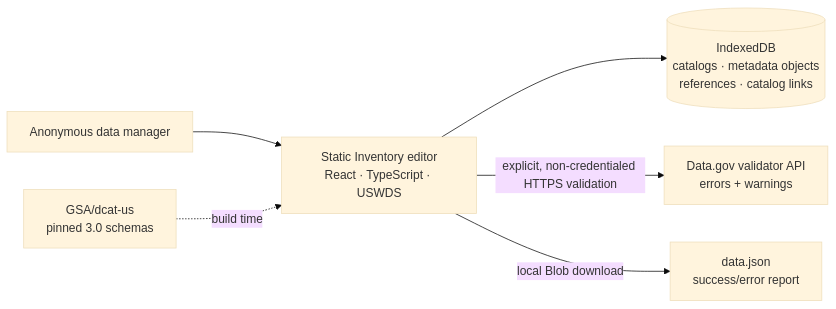
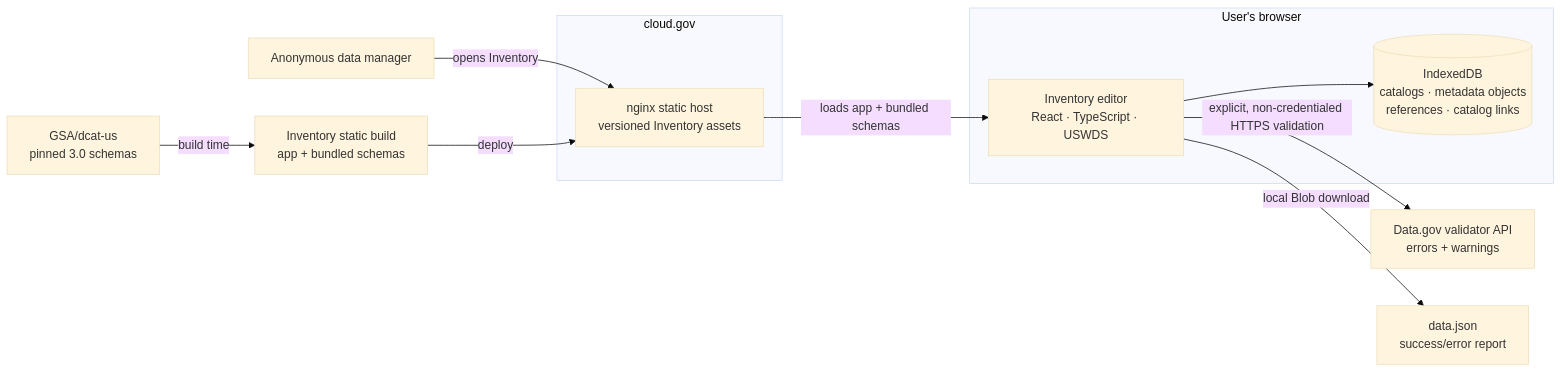
One commit to GSA/datagov-inventory changed the first of 11 diagrams in docs/architecture.md. Above: the diagram before and after it, drawn with Mermaid (base theme). The commit also changed other lines of this file and 7 other files, not shown here.

````diff
--- a/docs/architecture.md
+++ b/docs/architecture.md
@@ -62,8 +62,17 @@
 ```mermaid
 flowchart LR
-    U["Anonymous data manager"] --> APP["Static Inventory editor<br/>React · TypeScript · USWDS"]
-    APP --> IDB[("IndexedDB<br/>catalogs · metadata objects<br/>references · catalog links")]
-    SCHEMA["GSA/dcat-us<br/>pinned 3.0 schemas"] -.->|"build time"| APP
+    SCHEMA["GSA/dcat-us<br/>pinned 3.0 schemas"] -->|"build time"| BUILD["Inventory static build<br/>app + bundled schemas"]
+    subgraph CG["cloud.gov"]
+        NGINX["nginx static host<br/>versioned Inventory assets"]
+    end
+    subgraph BROWSER["User's browser"]
+        APP["Inventory editor<br/>React · TypeScript · USWDS"]
+        IDB[("IndexedDB<br/>catalogs · metadata objects<br/>references · catalog links")]
+        APP --> IDB
+    end
+    U["Anonymous data manager"] -->|"opens Inventory"| NGINX
+    BUILD -->|"deploy"| NGINX
+    NGINX -->|"loads app + bundled schemas"| APP
     APP -->|"explicit, non-credentialed HTTPS validation"| VAL["Data.gov validator API<br/>errors + warnings"]
     APP -->|"local Blob download"| OUT["data.json<br/>success/error report"]
 ```
````
